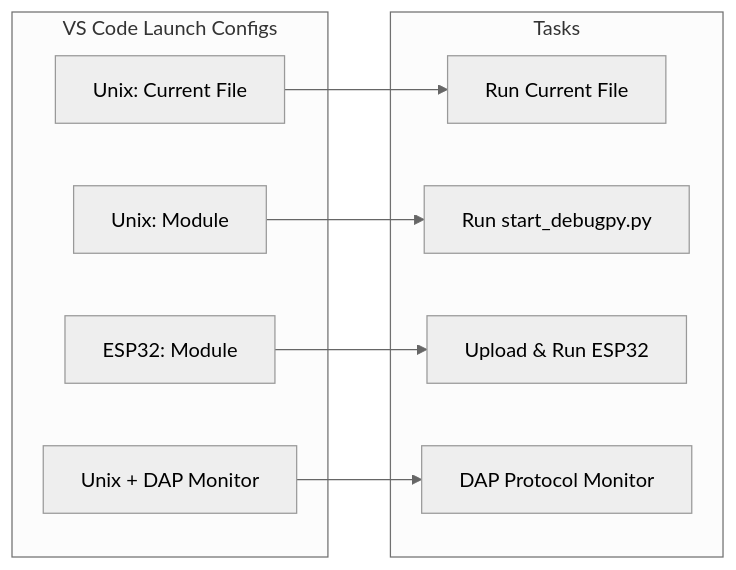
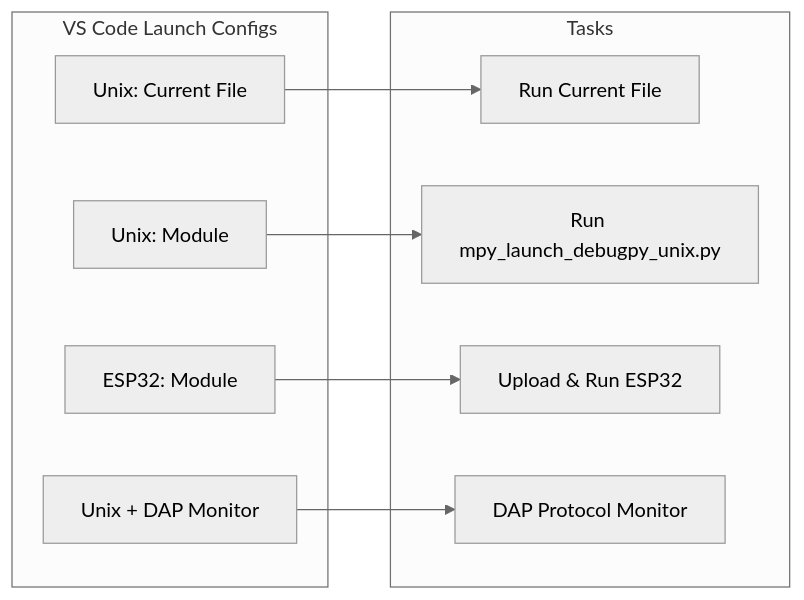
Before and after one commit to Josverl/mp_debugpy: the diagram in README.md, drawn with Mermaid (neutral theme). The commit also changed other lines of this file and 9 other files, not shown here.

````diff
--- a/README.md
+++ b/README.md
@@ -173,21 +213,21 @@
 ```mermaid
 flowchart LR
     subgraph VS Code Launch Configs
         l_unix_file["Unix: Current File"]
         l_unix_module["Unix: Module"]
         l_esp32_module["ESP32: Module"]
         l_unix_monitor["Unix + DAP Monitor"]
     end
 
     subgraph Tasks
         mp_unix_file["Run Current File"]
-        mp_unix_launcher["Run start_debugpy.py"]
+        mp_unix_launcher["Run mpy_launch_debugpy_unix.py"]
         mp_esp32_upload["Upload & Run ESP32"]
         DAP_monitor["DAP Protocol Monitor"]
     end
 
     l_unix_file --> mp_unix_file
     l_unix_module --> mp_unix_launcher
     l_esp32_module --> mp_esp32_upload
     l_unix_monitor --> DAP_monitor
 ```
````
